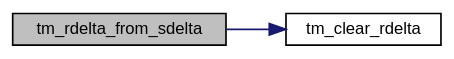
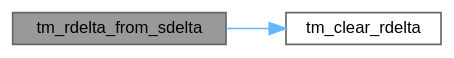
Before and after one commit to ebs-universe/piolib-time: the diagram in time_8h_a70da36517cb7cbe622604c69c21dafaa_cgraph.dot, drawn with Graphviz. The commit also changed 516 other files, not shown here.

```diff
--- a/time_8h_a70da36517cb7cbe622604c69c21dafaa_cgraph.dot
+++ b/time_8h_a70da36517cb7cbe622604c69c21dafaa_cgraph.dot
@@ -1,12 +1,12 @@
 digraph "tm_rdelta_from_sdelta"
 {
  // INTERACTIVE_SVG=YES
  // LATEX_PDF_SIZE
   bgcolor="transparent";
-  edge [fontname="Helvetica",fontsize="10",labelfontname="Helvetica",labelfontsize="10"];
-  node [fontname="Helvetica",fontsize="10",shape=record];
+  edge [fontname=Helvetica,fontsize=10,labelfontname=Helvetica,labelfontsize=10];
+  node [fontname=Helvetica,fontsize=10,shape=box,height=0.2,width=0.4];
   rankdir="LR";
-  Node1 [label="tm_rdelta_from_sdelta",height=0.2,width=0.4,color="black", fillcolor="grey75", style="filled", fontcolor="black",tooltip="Convert a time difference in systick units into a real time difference."];
-  Node1 -> Node2 [color="midnightblue",fontsize="10",style="solid",fontname="Helvetica"];
-  Node2 [label="tm_clear_rdelta",height=0.2,width=0.4,color="black",URL="$time_8c.html#a56895961aa355ff23c287403e49833ac",tooltip="Clear a tm_rdelta_t instance."];
+  Node1 [id="Node000001",label="tm_rdelta_from_sdelta",height=0.2,width=0.4,color="gray40", fillcolor="grey60", style="filled", fontcolor="black",tooltip="Convert a time difference in systick units into a real time difference."];
+  Node1 -> Node2 [id="edge1_Node000001_Node000002",color="steelblue1",style="solid",tooltip=" "];
+  Node2 [id="Node000002",label="tm_clear_rdelta",height=0.2,width=0.4,color="grey40", fillcolor="white", style="filled",URL="$time_8c.html#a56895961aa355ff23c287403e49833ac",tooltip="Clear a tm_rdelta_t instance."];
 }
```
